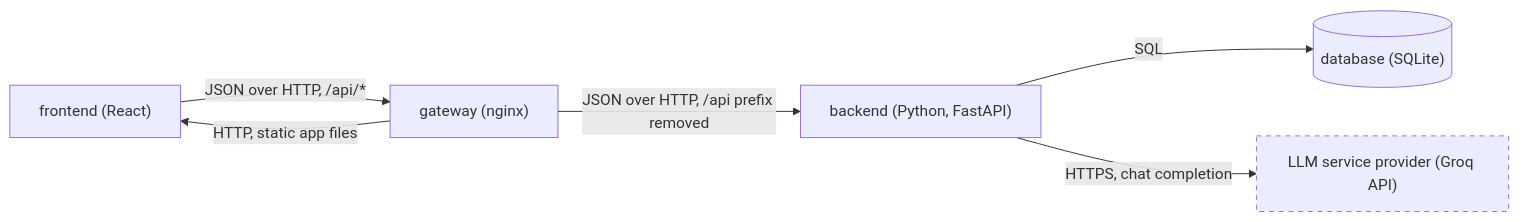
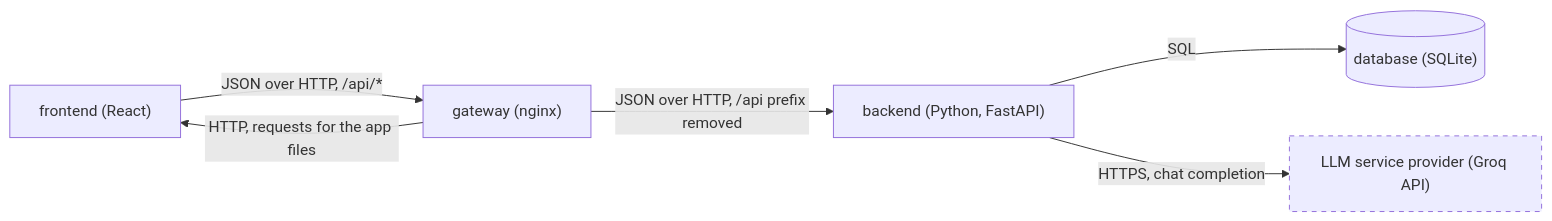
Before and after one commit to WellMadeTeam/workspace-ai-03: the diagram in docs/architecture/container.mmd, drawn with Mermaid. The commit also changed 2 other files, not shown here.

```diff
--- a/docs/architecture/container.mmd
+++ b/docs/architecture/container.mmd
@@ -1,8 +1,8 @@
 graph LR
     Frontend["frontend (React)"] -->|"JSON over HTTP, /api/*"| Gateway["gateway (nginx)"]
-    Gateway -->|"HTTP, static app files"| Frontend
+    Gateway -->|"HTTP, requests for the app files"| Frontend
     Gateway -->|"JSON over HTTP, /api prefix removed"| Backend["backend (Python, FastAPI)"]
     Backend -->|"SQL"| Database[("database (SQLite)")]
     Backend -->|"HTTPS, chat completion"| LLM["LLM service provider (Groq API)"]
     classDef external stroke-dasharray: 5 5
     class LLM external
```
